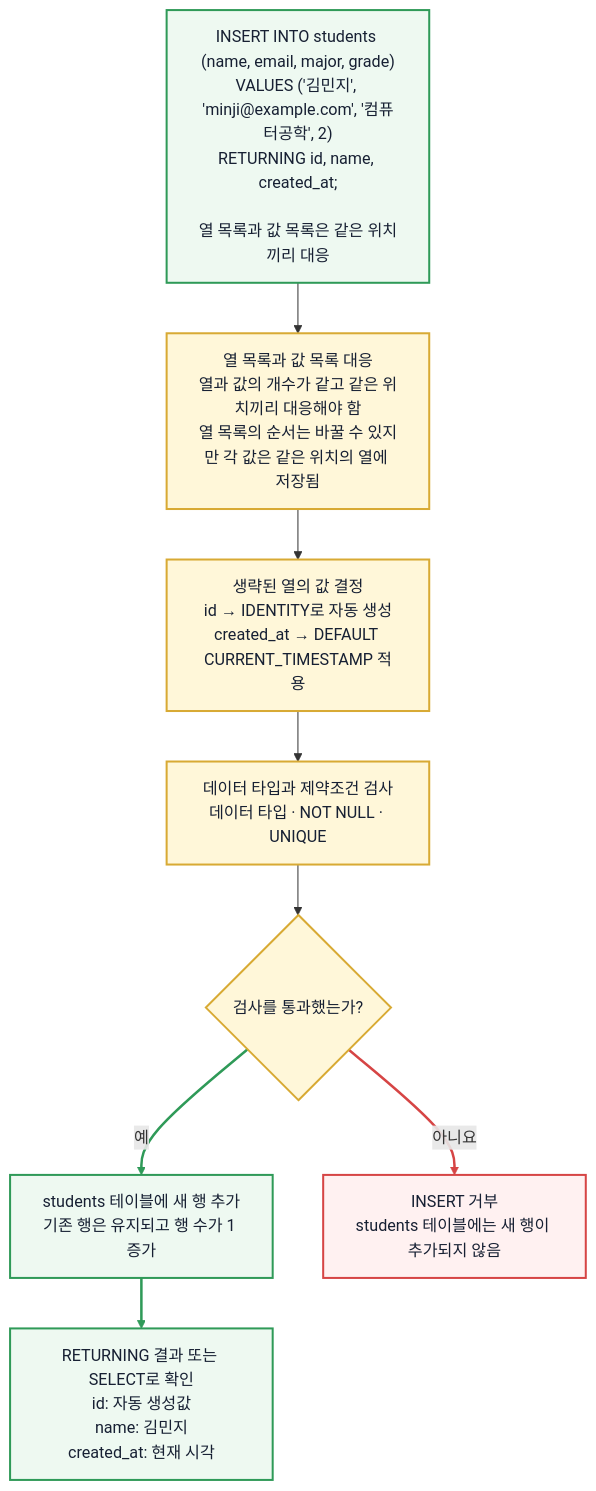
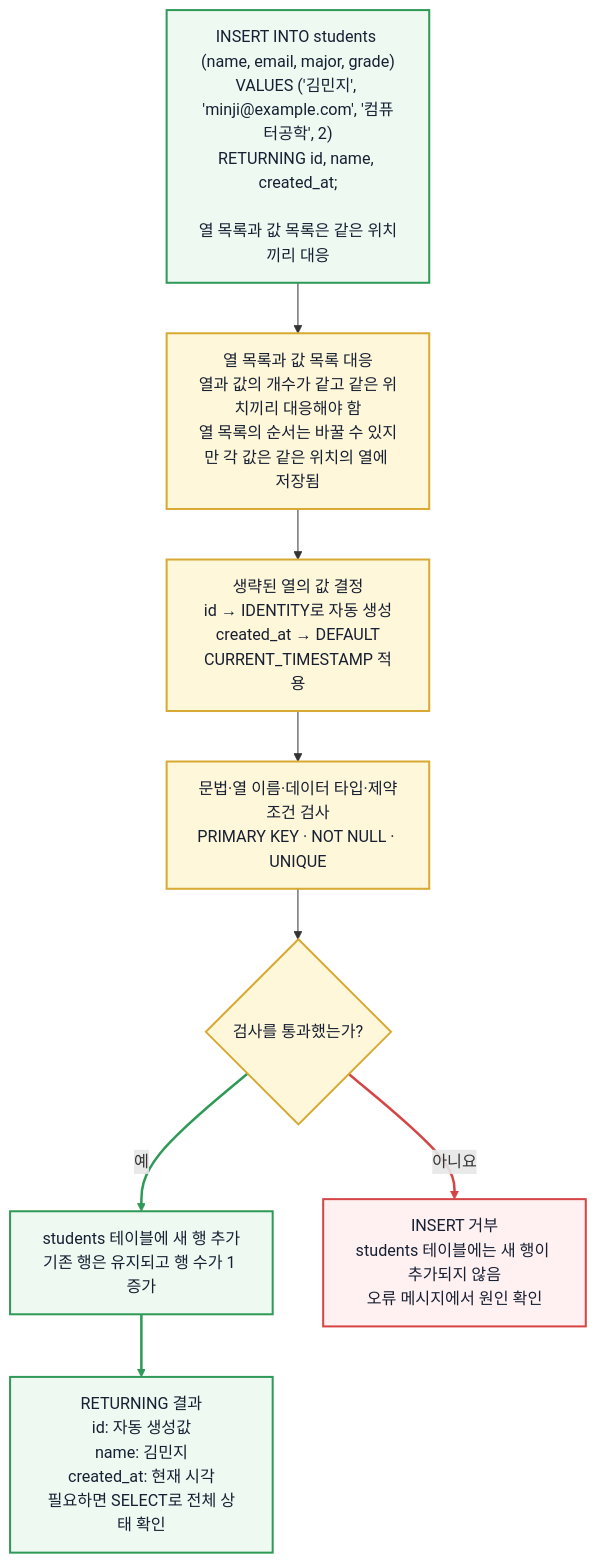
One commit to GilbertMoon/ai-database-book changed the diagram in images/chapter04/ch04_03_insert_row_flow.mmd. Above: the diagram before and after it, drawn with Mermaid.

Commit message:
Sync INSERT flow source with diagram refinements

```diff
--- a/images/chapter04/ch04_03_insert_row_flow.mmd
+++ b/images/chapter04/ch04_03_insert_row_flow.mmd
@@ -1,28 +1,28 @@
 flowchart TD
     A["INSERT INTO students (name, email, major, grade)<br/>VALUES ('김민지', 'minji@example.com', '컴퓨터공학', 2)<br/>RETURNING id, name, created_at;<br/><br/>열 목록과 값 목록은 같은 위치끼리 대응"]
     B["열 목록과 값 목록 대응<br/>열과 값의 개수가 같고 같은 위치끼리 대응해야 함<br/>열 목록의 순서는 바꿀 수 있지만 각 값은 같은 위치의 열에 저장됨"]
-    C["생략된 열의 값 결정<br/>id → IDENTITY로 자동 생성<br/>created_at → DEFAULT CURRENT_TIMESTAMP 적용"]
-    D["데이터 타입과 제약조건 검사<br/>데이터 타입 · NOT NULL · UNIQUE"]
+    C["생략된 열의 값 결정<br/>id → IDENTITY로 자동 생성<br/>created_at → DEFAULT<br/>CURRENT_TIMESTAMP 적용"]
+    D["문법·열 이름·데이터 타입·제약조건 검사<br/>PRIMARY KEY · NOT NULL · UNIQUE"]
     E{"검사를 통과했는가?"}
     F["students 테이블에 새 행 추가<br/>기존 행은 유지되고 행 수가 1 증가"]
-    G["RETURNING 결과 또는 SELECT로 확인<br/>id: 자동 생성값<br/>name: 김민지<br/>created_at: 현재 시각"]
-    H["INSERT 거부<br/>students 테이블에는 새 행이 추가되지 않음"]
+    G["RETURNING 결과<br/>id: 자동 생성값<br/>name: 김민지<br/>created_at: 현재 시각<br/>필요하면 SELECT로 전체 상태 확인"]
+    H["INSERT 거부<br/>students 테이블에는 새 행이 추가되지 않음<br/>오류 메시지에서 원인 확인"]
 
     A --> B --> C --> D --> E
     E -- 예 --> F --> G
     E -- 아니요 --> H
 
     classDef insert fill:#eef9f1,stroke:#2f9a58,stroke-width:2px,color:#172033;
     classDef check fill:#fff7d9,stroke:#d8aa34,stroke-width:2px,color:#172033;
     classDef ok fill:#eef9f1,stroke:#2f9a58,stroke-width:2px,color:#172033;
     classDef bad fill:#fff1f1,stroke:#d64545,stroke-width:2px,color:#172033;
     classDef decision fill:#fff7d9,stroke:#d8aa34,stroke-width:2px,color:#172033;
 
     class A insert;
     class B,C,D check;
     class E decision;
     class F,G ok;
     class H bad;
 
     linkStyle 4,5 stroke:#2f9a58,stroke-width:2.5px;
     linkStyle 6 stroke:#d64545,stroke-width:2.5px;
```
